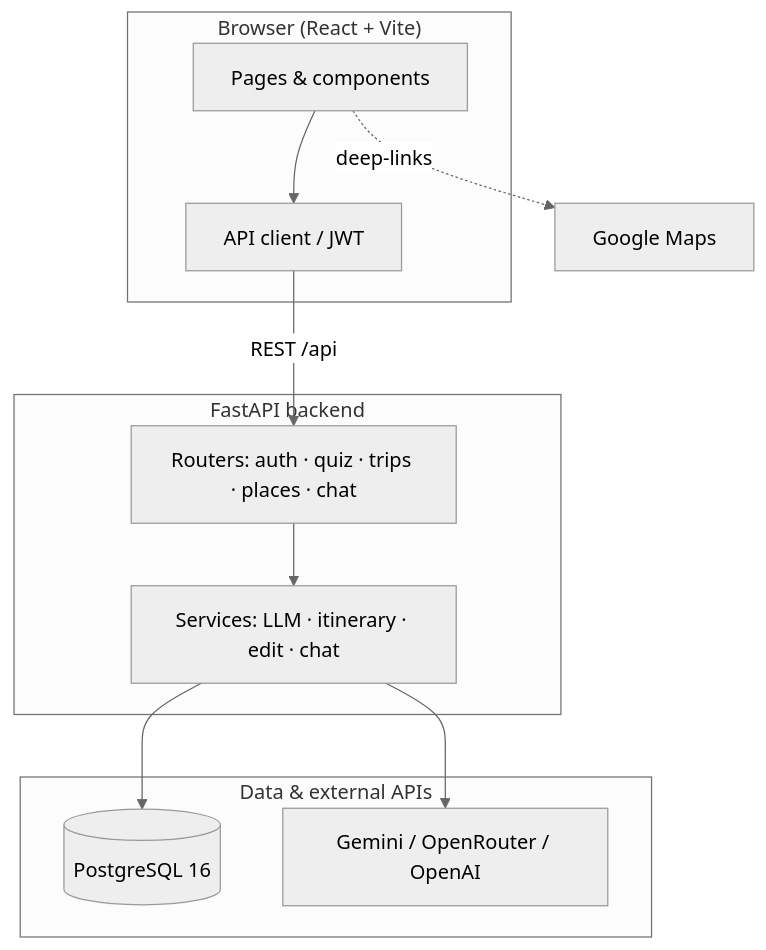
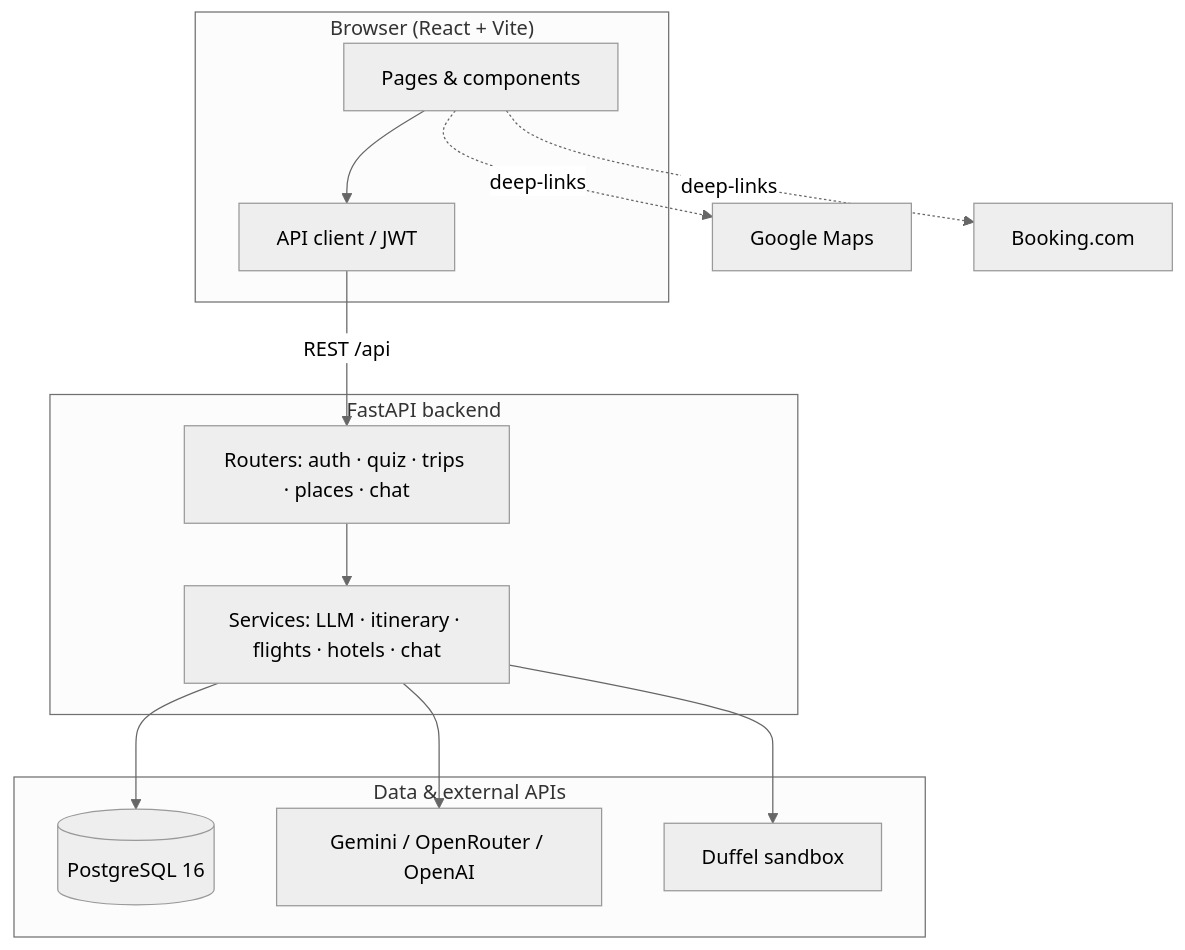
One commit to UsmMH/Rihla-Tech changed the diagram in README.md. Above: the diagram before and after it, drawn with Mermaid (neutral theme). The commit also changed other lines of this file and 22 other files, not shown here.

First line of the commit message:
Phase 6 flights/hotels, collapsible trip UX, and auth light mode.

````diff
--- a/README.md
+++ b/README.md
@@ -65,24 +69,27 @@
 ```mermaid
 flowchart TB
     subgraph Client["Browser (React + Vite)"]
         UI[Pages & components]
         UI --> API_CLIENT[API client / JWT]
     end
 
     subgraph Server["FastAPI backend"]
         ROUTERS[Routers: auth · quiz · trips · places · chat]
-        SERVICES[Services: LLM · itinerary · edit · chat]
+        SERVICES[Services: LLM · itinerary · flights · hotels · chat]
         ROUTERS --> SERVICES
     end
 
     subgraph Data["Data & external APIs"]
         PG[(PostgreSQL 16)]
         LLM[Gemini / OpenRouter / OpenAI]
+        DUFFEL[Duffel sandbox]
     end
 
     API_CLIENT -->|REST /api| ROUTERS
     SERVICES --> PG
     SERVICES --> LLM
+    SERVICES --> DUFFEL
 
     UI -.->|deep-links| GMAPS[Google Maps]
+    UI -.->|deep-links| BOOKING[Booking.com]
 ```
````
